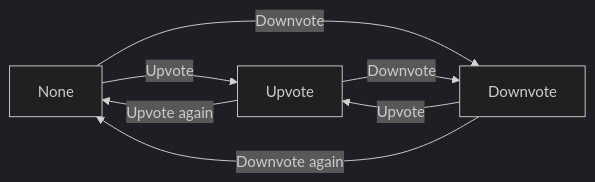
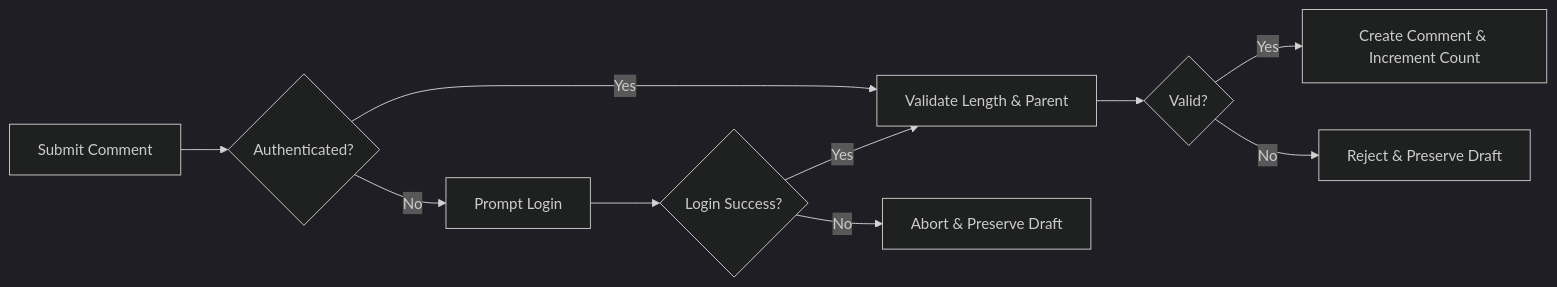
The fourth of 8 diagrams in docs/analysis/00-toc.md (wrtnlabs/autobe-example-reddit-openai-gpt-5), drawn with Mermaid (dark theme) before and after one commit. The commit also changed other lines of this file and 721 other files, not shown here.

````diff
--- a/docs/analysis/00-toc.md
+++ b/docs/analysis/00-toc.md
@@ -96,9 +247,12 @@
 ```mermaid
 graph LR
-  A["None"] -->|"Upvote"| B["Upvote"]
-  A -->|"Downvote"| C["Downvote"]
-  B -->|"Downvote"| C
-  B -->|"Upvote again"| A
-  C -->|"Upvote"| B
-  C -->|"Downvote again"| A
+  A["Submit Comment"] --> B{"Authenticated?"}
+  B -->|"Yes"| C["Validate Length & Parent"]
+  B -->|"No"| D["Prompt Login"]
+  D --> E{"Login Success?"}
+  E -->|"Yes"| C
+  E -->|"No"| F["Abort & Preserve Draft"]
+  C --> G{"Valid?"}
+  G -->|"Yes"| H["Create Comment & Increment Count"]
+  G -->|"No"| I["Reject & Preserve Draft"]
 ```
````
